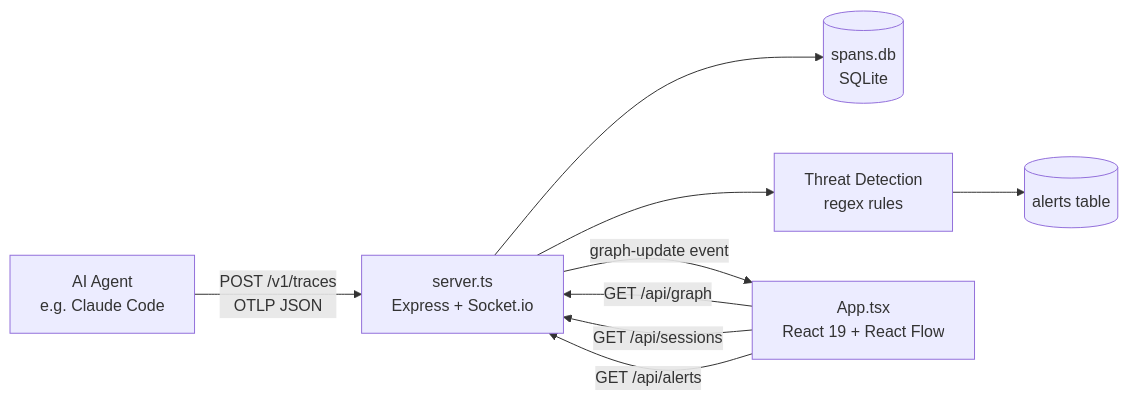
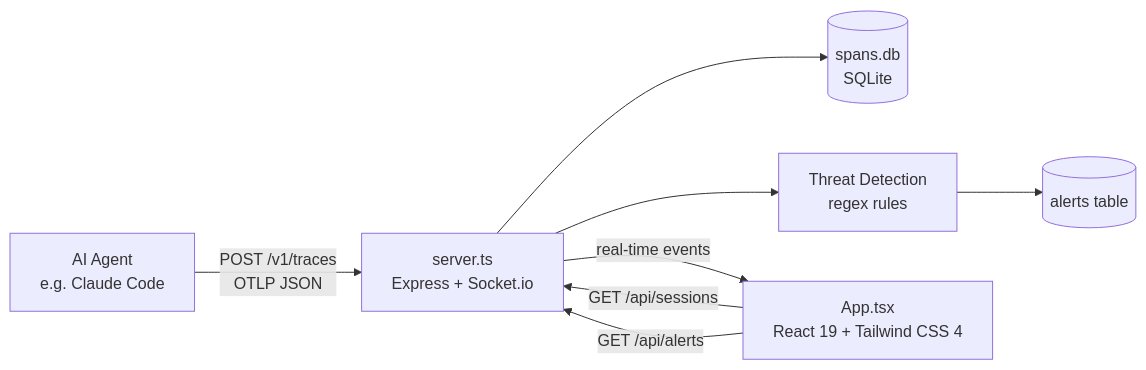
Before and after one commit to aanjaneyasinghdhoni/ClaudeSec: the diagram in docs/index.mdx, drawn with Mermaid. The commit also changed other lines of this file and 7 other files, not shown here.

First line of the commit message:
docs: update all documentation to reflect graph tab removal

````diff
--- a/docs/index.mdx
+++ b/docs/index.mdx
@@ -47,11 +44,10 @@
 ```mermaid
 flowchart LR
     A[AI Agent\ne.g. Claude Code] -->|POST /v1/traces\nOTLP JSON| B[server.ts\nExpress + Socket.io]
     B --> C[(spans.db\nSQLite)]
     B --> D[Threat Detection\nregex rules]
     D --> E[(alerts table)]
-    B -->|graph-update event| F[App.tsx\nReact 19 + React Flow]
-    F -->|GET /api/graph| B
+    B -->|real-time events| F[App.tsx\nReact 19 + Tailwind CSS 4]
     F -->|GET /api/sessions| B
     F -->|GET /api/alerts| B
 ```
````
